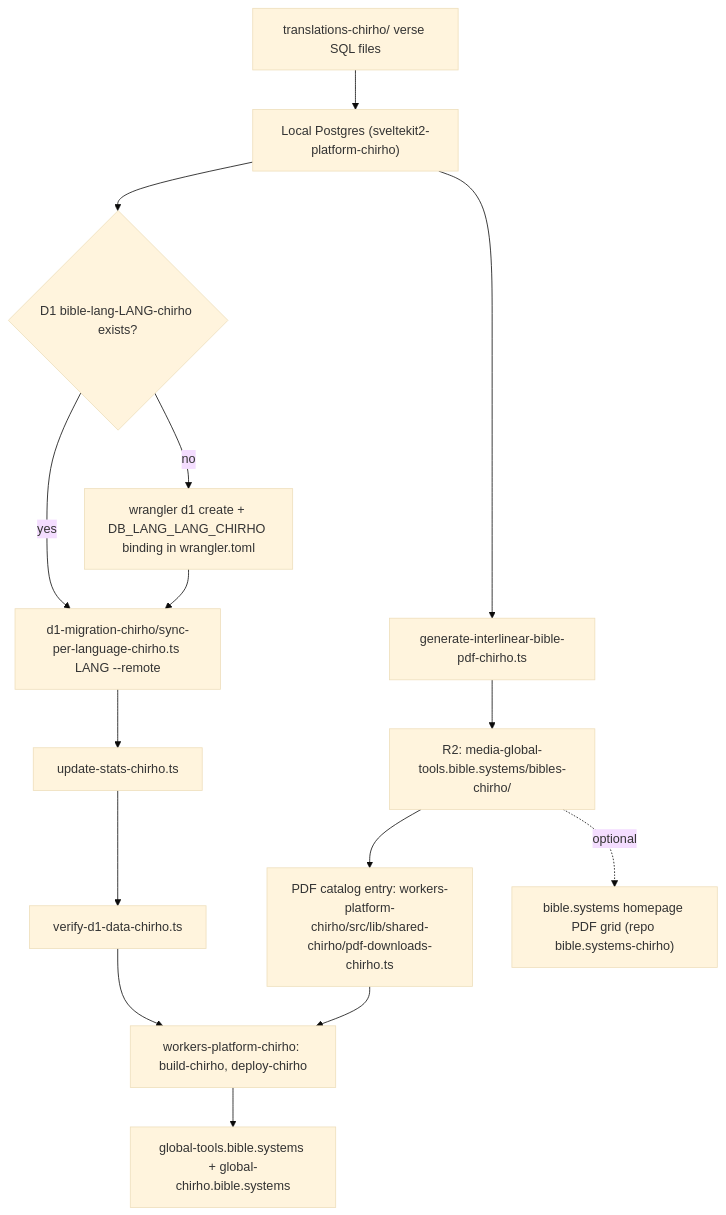
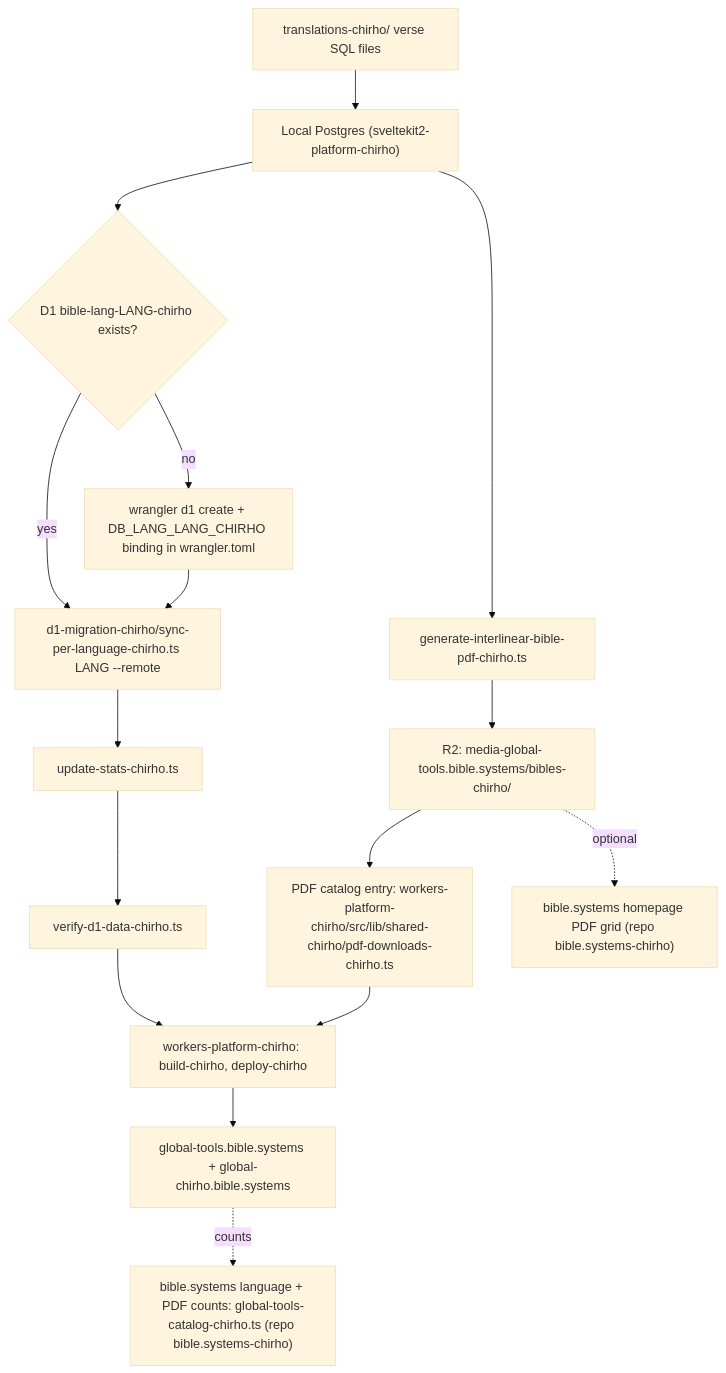
One commit to loveJesus/global-bible-tools-platform-chirho changed the diagram in spec-chirho/workflows-chirho/publish-to-worker-chirho.md. Above: the diagram before and after it, drawn with Mermaid (base theme). The commit also changed 3 other files, not shown here.

First line of the commit message:
Record the bible.systems follow-ups (www route, rsword cert, public repo, cards)

````diff
--- a/spec-chirho/workflows-chirho/publish-to-worker-chirho.md
+++ b/spec-chirho/workflows-chirho/publish-to-worker-chirho.md
@@ -12,17 +12,18 @@
 ```mermaid
 flowchart TD
   sql_chirho["translations-chirho/ verse SQL files"] --> pg_chirho["Local Postgres (sveltekit2-platform-chirho)"]
   pg_chirho --> pdf_chirho["generate-interlinear-bible-pdf-chirho.ts"]
   pdf_chirho --> r2_chirho["R2: media-global-tools.bible.systems/bibles-chirho/"]
   pg_chirho --> exists_chirho{"D1 bible-lang-LANG-chirho exists?"}
   exists_chirho -- no --> create_chirho["wrangler d1 create + DB_LANG_LANG_CHIRHO binding in wrangler.toml"]
   exists_chirho -- yes --> sync_chirho
   create_chirho --> sync_chirho["d1-migration-chirho/sync-per-language-chirho.ts LANG --remote"]
   sync_chirho --> stats_chirho["update-stats-chirho.ts"]
   stats_chirho --> verify_chirho["verify-d1-data-chirho.ts"]
   r2_chirho --> catalog_chirho["PDF catalog entry: workers-platform-chirho/src/lib/shared-chirho/pdf-downloads-chirho.ts"]
   verify_chirho --> deploy_chirho["workers-platform-chirho: build-chirho, deploy-chirho"]
   catalog_chirho --> deploy_chirho
   deploy_chirho --> live_chirho["global-tools.bible.systems + global-chirho.bible.systems"]
   r2_chirho -. optional .-> home_chirho["bible.systems homepage PDF grid (repo bible.systems-chirho)"]
+  live_chirho -. counts .-> counts_chirho["bible.systems language + PDF counts: global-tools-catalog-chirho.ts (repo bible.systems-chirho)"]
 ```
````
